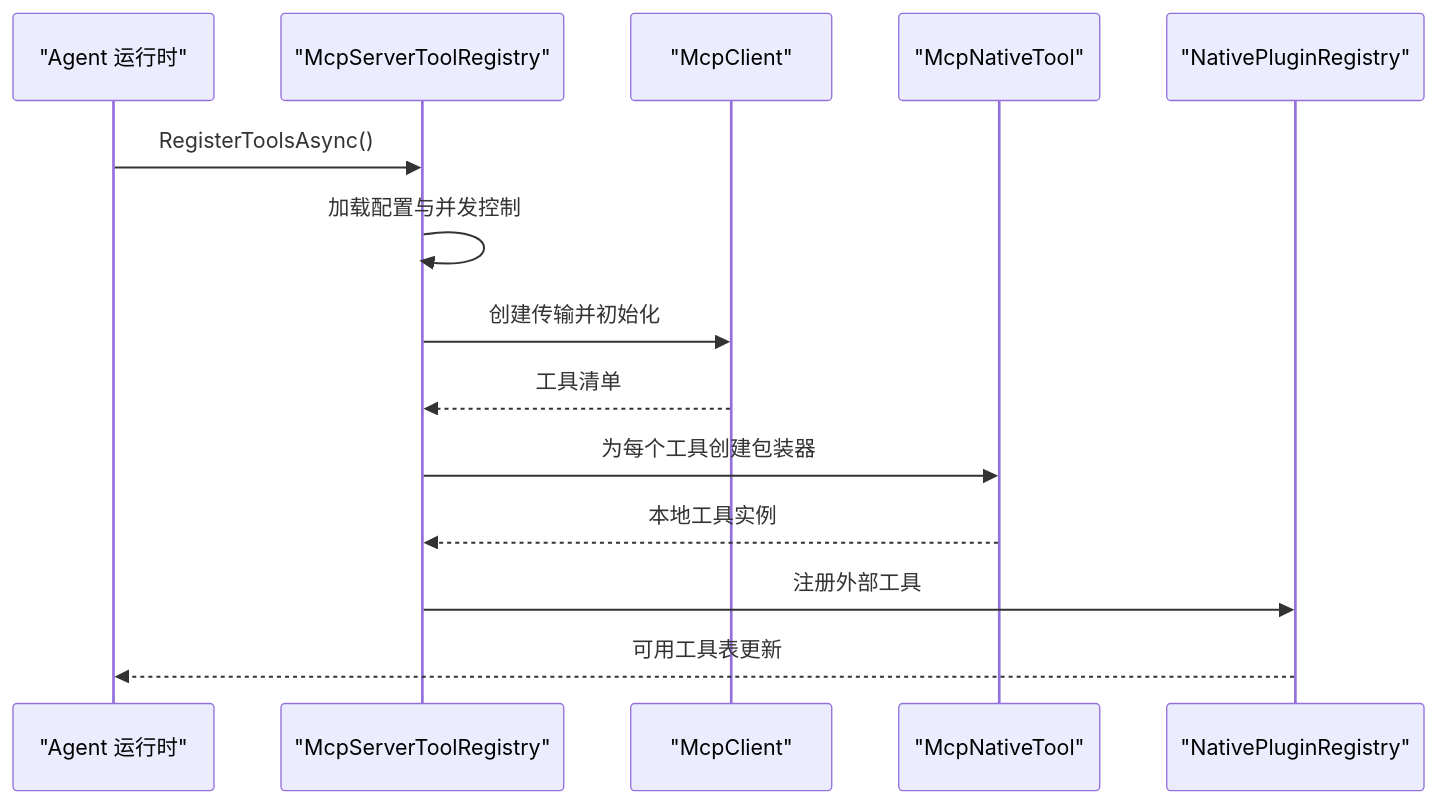
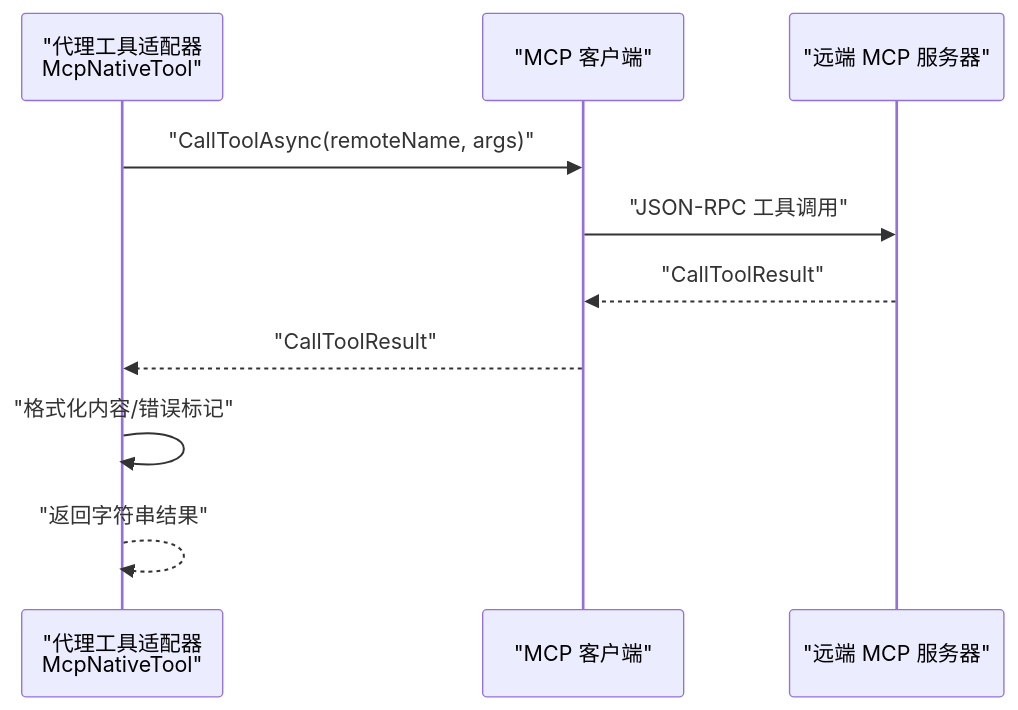
The eighth of 9 diagrams in .qoder/repowiki/zh/content/API 参考/MCP 协议.md (wayyet/kingcrab), drawn with Mermaid before and after one commit. The commit also changed other lines of this file and 431 other files, not shown here.

````diff
--- a/.qoder/repowiki/zh/content/API 参考/MCP 协议.md
+++ b/.qoder/repowiki/zh/content/API 参考/MCP 协议.md
@@ -290,16 +385,12 @@
 ```mermaid
 sequenceDiagram
-participant Agent as "Agent 运行时"
-participant Registry as "McpServerToolRegistry"
-participant Client as "McpClient"
-participant Native as "McpNativeTool"
-participant NativeReg as "NativePluginRegistry"
-Agent->>Registry : RegisterToolsAsync()
-Registry->>Registry : 加载配置与并发控制
-Registry->>Client : 创建传输并初始化
-Client-->>Registry : 工具清单
-Registry->>Native : 为每个工具创建包装器
-Native-->>Registry : 本地工具实例
-Registry->>NativeReg : 注册外部工具
-NativeReg-->>Agent : 可用工具表更新
+participant Agent as "代理工具适配器<br/>McpNativeTool"
+participant Client as "MCP 客户端"
+participant Server as "远端 MCP 服务器"
+Agent->>Client : "CallToolAsync(remoteName, args)"
+Client->>Server : "JSON-RPC 工具调用"
+Server-->>Client : "CallToolResult"
+Client-->>Agent : "CallToolResult"
+Agent->>Agent : "格式化内容/错误标记"
+Agent-->>Agent : "返回字符串结果"
 ```
````
